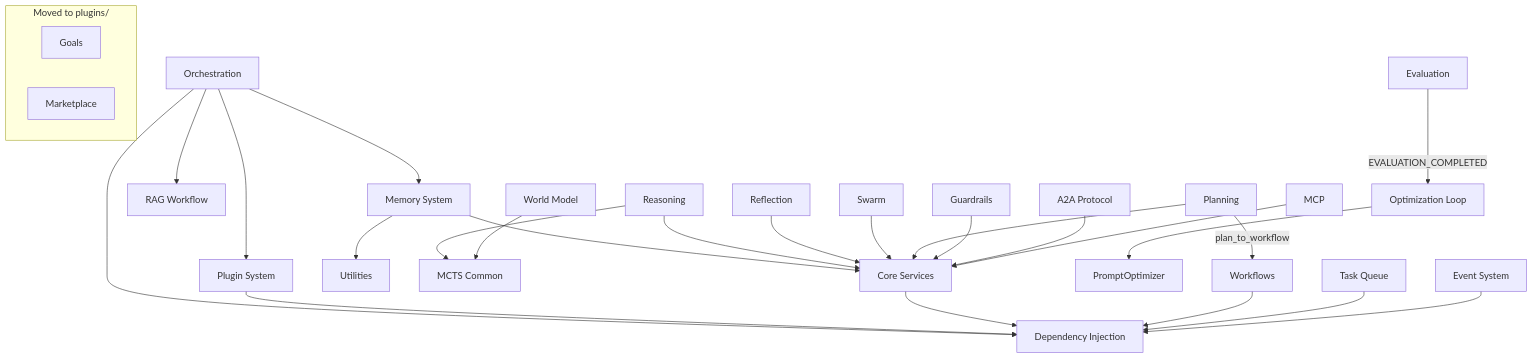
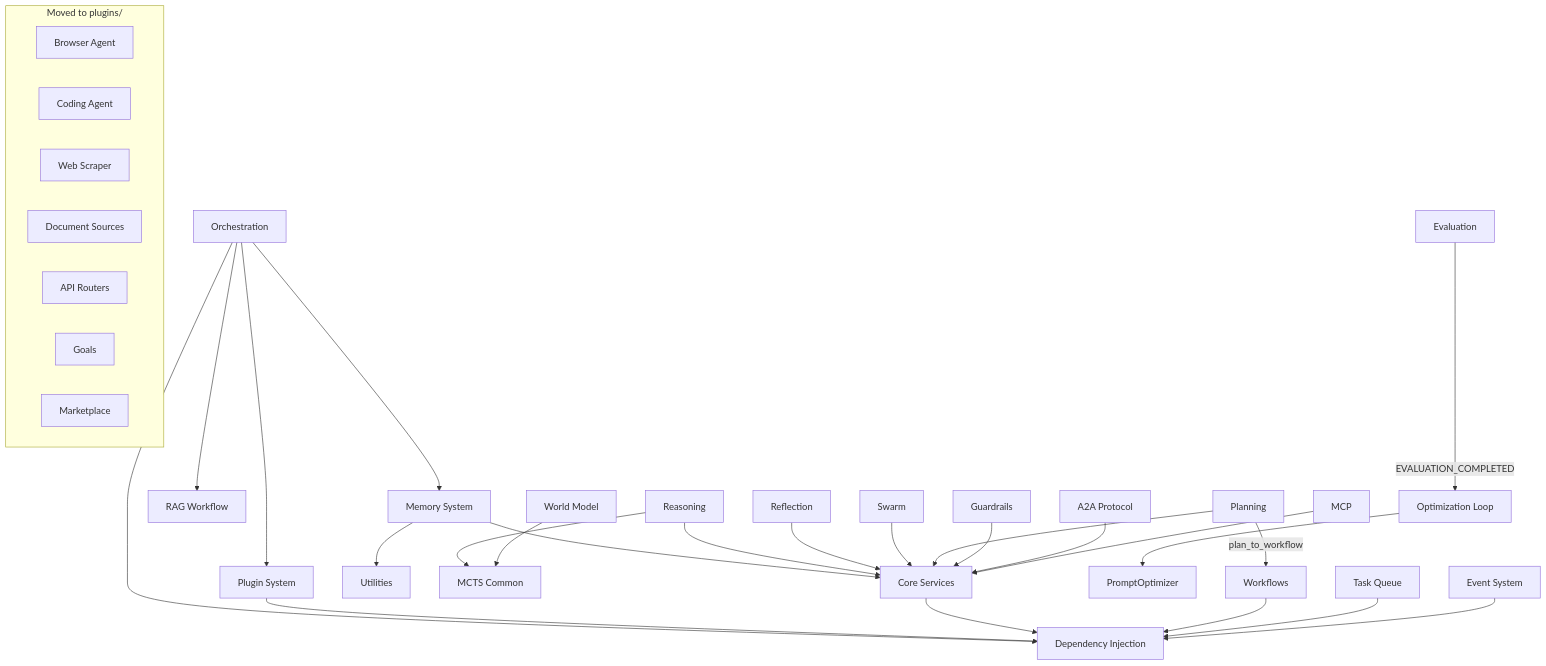
Before and after one commit to baselithcore/baselithcore: the diagram in mkdocs-site/docs/core-modules/index.md, drawn with Mermaid. The commit also changed other lines of this file and 13 other files, not shown here.

````diff
--- a/mkdocs-site/docs/core-modules/index.md
+++ b/mkdocs-site/docs/core-modules/index.md
@@ -98,39 +107,44 @@
 ```mermaid
 graph TD
     Orch[Orchestration] --> DI[Dependency Injection]
     Orch --> Memory[Memory System]
     Orch --> Plugins[Plugin System]
     Orch --> RagWF[RAG Workflow]
 
     Plugins --> DI
 
     Memory --> Services[Core Services]
     Memory --> Utils[Utilities]
     Services --> DI
 
     Reasoning[Reasoning] --> Services
     Reasoning --> MCTSCommon[MCTS Common]
     Reflection[Reflection] --> Services
     Swarm[Swarm] --> Services
     WorldModel[World Model] --> MCTSCommon
 
     Planning[Planning] --> Services
     Planning -->|plan_to_workflow| Workflows
     Workflows[Workflows] --> DI
 
     Evaluation[Evaluation] -->|EVALUATION_COMPLETED| OptLoop[Optimization Loop]
     OptLoop --> Optimizer[PromptOptimizer]
 
     Guardrails[Guardrails] --> Services
 
     TaskQueue[Task Queue] --> DI
     Events[Event System] --> DI
 
     A2A[A2A Protocol] --> Services
     MCP[MCP] --> Services
 
     subgraph "Moved to plugins/"
+        Browser[Browser Agent]
+        Coding[Coding Agent]
+        Scraper[Web Scraper]
+        Docs[Document Sources]
+        Routers[API Routers]
         Goals[Goals]
         Marketplace[Marketplace]
     end
 ```
````
